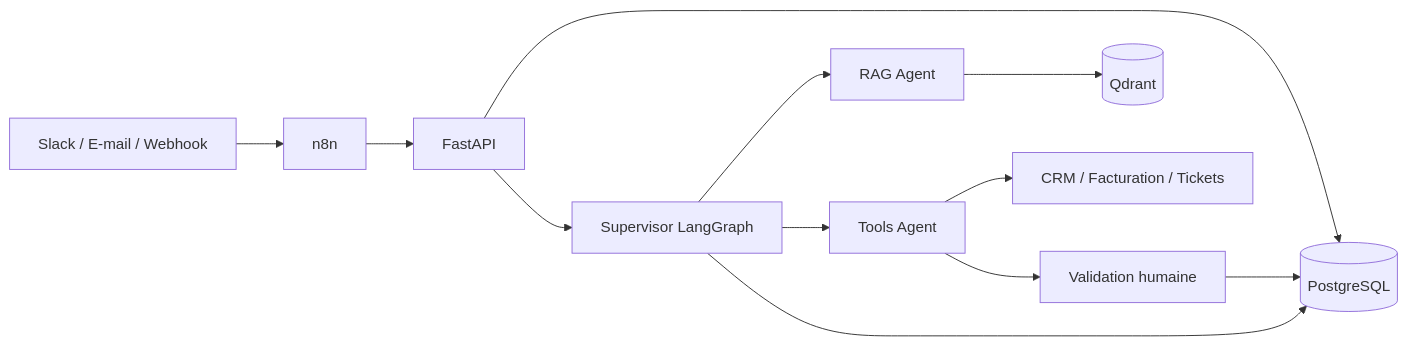
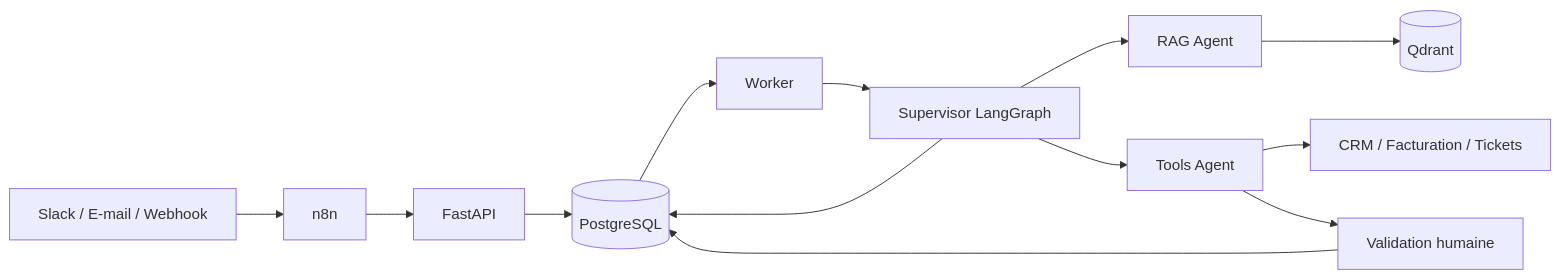
Before and after one commit to Moucharraf/AssistOps: the diagram in README.md, drawn with Mermaid. The commit also changed other lines of this file and 20 other files, not shown here.

First line of the commit message:
Add resilient worker and job status API

````diff
--- a/README.md
+++ b/README.md
@@ -25,14 +25,15 @@
 ```mermaid
 flowchart LR
     Channels[Slack / E-mail / Webhook] --> N8N[n8n]
     N8N --> API[FastAPI]
     API --> PG[(PostgreSQL)]
-    API --> Supervisor[Supervisor LangGraph]
+    PG --> Worker[Worker]
+    Worker --> Supervisor[Supervisor LangGraph]
     Supervisor --> RAG[RAG Agent]
     Supervisor --> Tools[Tools Agent]
     RAG --> Qdrant[(Qdrant)]
     Tools --> Business[CRM / Facturation / Tickets]
     Tools --> Approval[Validation humaine]
     Approval --> PG
     Supervisor --> PG
 ```
````
